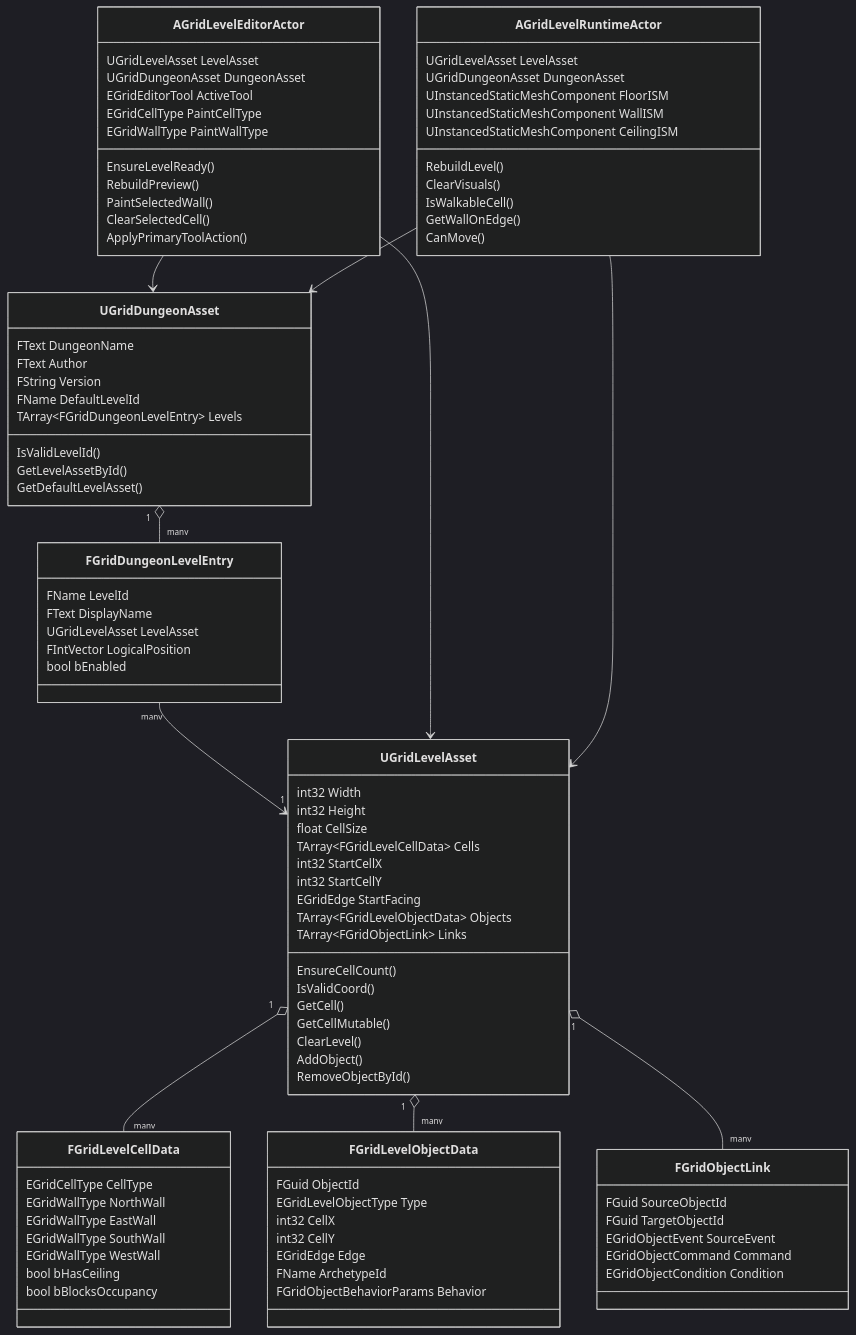
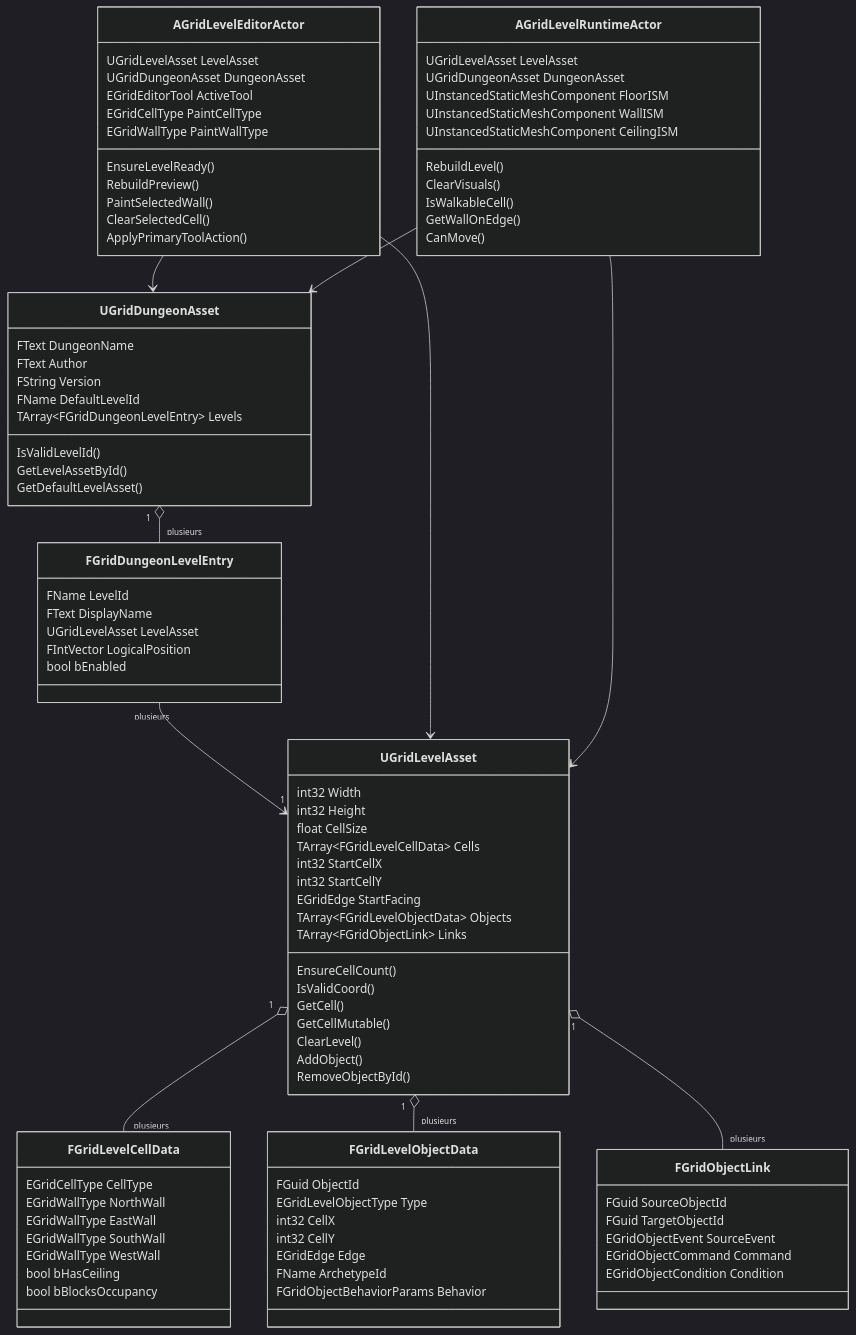
The ninth of 9 diagrams in docs/Architecture/CORE_DUNGEON_LEVEL_GRID.md (PhilippeMartin1964/GrimrockPrototype), drawn with Mermaid (dark theme) before and after one commit. The commit also changed other lines of this file, not shown here.

Commit message:
Translate core dungeon level grid documentation to French

```diff
--- a/docs/Architecture/CORE_DUNGEON_LEVEL_GRID.md
+++ b/docs/Architecture/CORE_DUNGEON_LEVEL_GRID.md
@@ -1094,11 +1098,11 @@
         CanMove()
     }
 
-    UGridDungeonAsset "1" o-- "many" FGridDungeonLevelEntry
-    FGridDungeonLevelEntry "many" --> "1" UGridLevelAsset
-    UGridLevelAsset "1" o-- "many" FGridLevelCellData
-    UGridLevelAsset "1" o-- "many" FGridLevelObjectData
-    UGridLevelAsset "1" o-- "many" FGridObjectLink
+    UGridDungeonAsset "1" o-- "plusieurs" FGridDungeonLevelEntry
+    FGridDungeonLevelEntry "plusieurs" --> "1" UGridLevelAsset
+    UGridLevelAsset "1" o-- "plusieurs" FGridLevelCellData
+    UGridLevelAsset "1" o-- "plusieurs" FGridLevelObjectData
+    UGridLevelAsset "1" o-- "plusieurs" FGridObjectLink
     AGridLevelEditorActor --> UGridLevelAsset
     AGridLevelEditorActor --> UGridDungeonAsset
     AGridLevelRuntimeActor --> UGridLevelAsset
```
